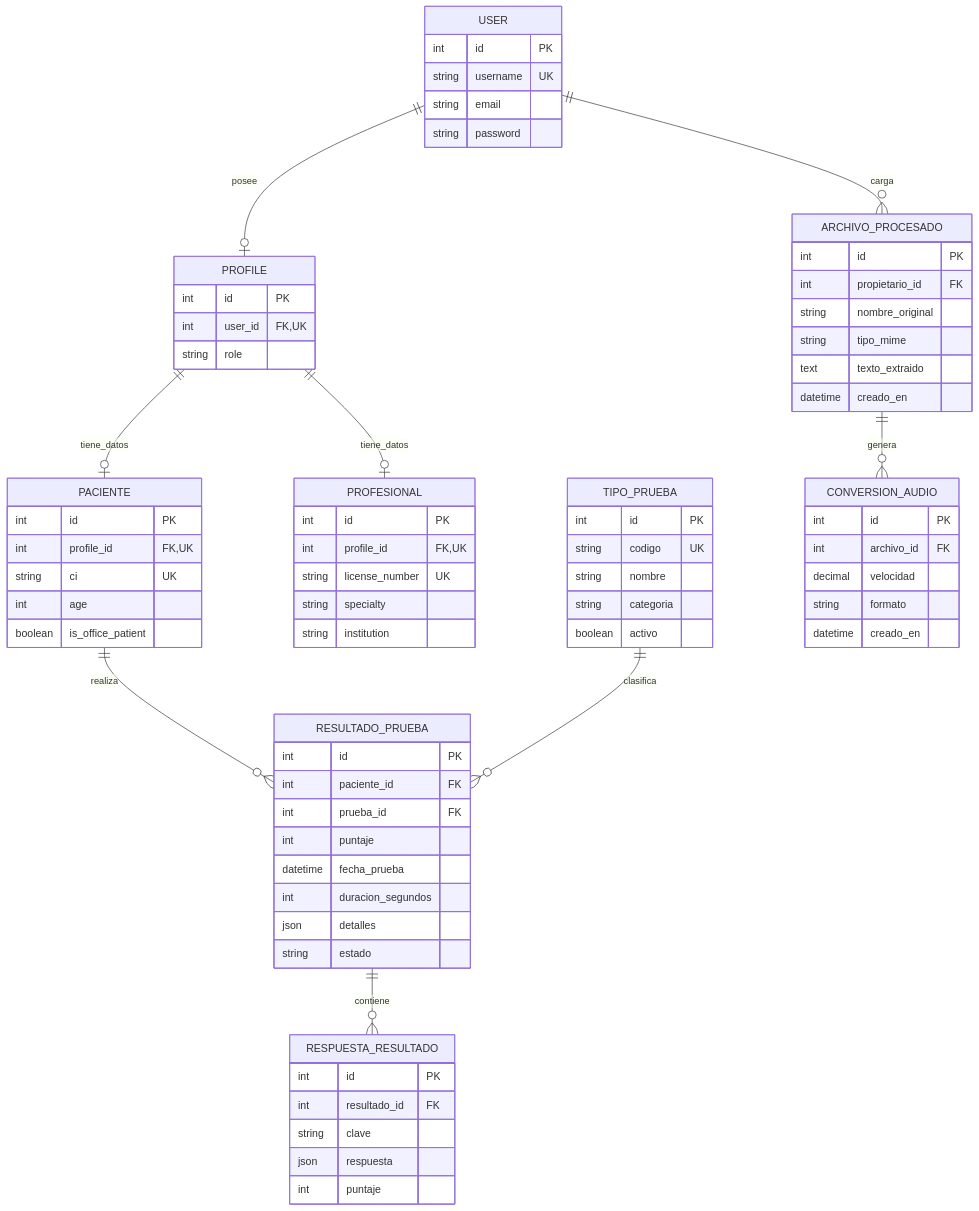
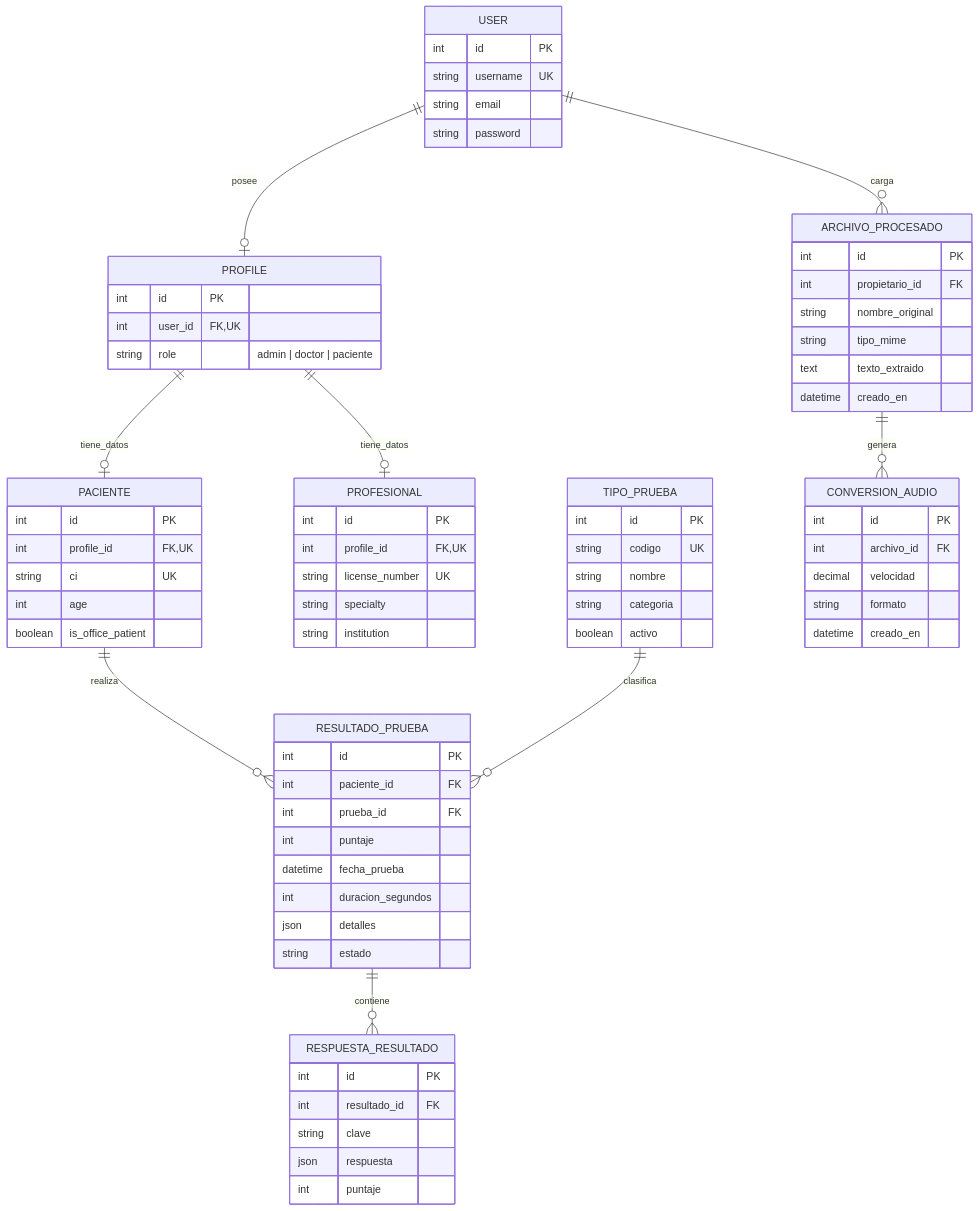
One commit to NESTORZALAZAR/IVI changed the diagram in DOCUMENTACION_PRESENTACION/04_DER_MODELO_DATOS.md. Above: the diagram before and after it, drawn with Mermaid. The commit also changed other lines of this file and 40 other files, not shown here.

````diff
--- a/DOCUMENTACION_PRESENTACION/04_DER_MODELO_DATOS.md
+++ b/DOCUMENTACION_PRESENTACION/04_DER_MODELO_DATOS.md
@@ -23,76 +29,76 @@
 ```mermaid
 erDiagram
     USER ||--o| PROFILE : posee
     PROFILE ||--o| PACIENTE : tiene_datos
     PROFILE ||--o| PROFESIONAL : tiene_datos
     PACIENTE ||--o{ RESULTADO_PRUEBA : realiza
     TIPO_PRUEBA ||--o{ RESULTADO_PRUEBA : clasifica
     RESULTADO_PRUEBA ||--o{ RESPUESTA_RESULTADO : contiene
     USER ||--o{ ARCHIVO_PROCESADO : carga
     ARCHIVO_PROCESADO ||--o{ CONVERSION_AUDIO : genera
 
     USER {
         int id PK
         string username UK
         string email
         string password
     }
     PROFILE {
         int id PK
         int user_id FK,UK
-        string role
+        string role "admin | doctor | paciente"
     }
     PACIENTE {
         int id PK
         int profile_id FK,UK
         string ci UK
         int age
         boolean is_office_patient
     }
     PROFESIONAL {
         int id PK
         int profile_id FK,UK
         string license_number UK
         string specialty
         string institution
     }
     TIPO_PRUEBA {
         int id PK
         string codigo UK
         string nombre
         string categoria
         boolean activo
     }
     RESULTADO_PRUEBA {
         int id PK
         int paciente_id FK
         int prueba_id FK
         int puntaje
         datetime fecha_prueba
         int duracion_segundos
         json detalles
         string estado
     }
     RESPUESTA_RESULTADO {
         int id PK
         int resultado_id FK
         string clave
         json respuesta
         int puntaje
     }
     ARCHIVO_PROCESADO {
         int id PK
         int propietario_id FK
         string nombre_original
         string tipo_mime
         text texto_extraido
         datetime creado_en
     }
     CONVERSION_AUDIO {
         int id PK
         int archivo_id FK
         decimal velocidad
         string formato
         datetime creado_en
     }
 ```
````
